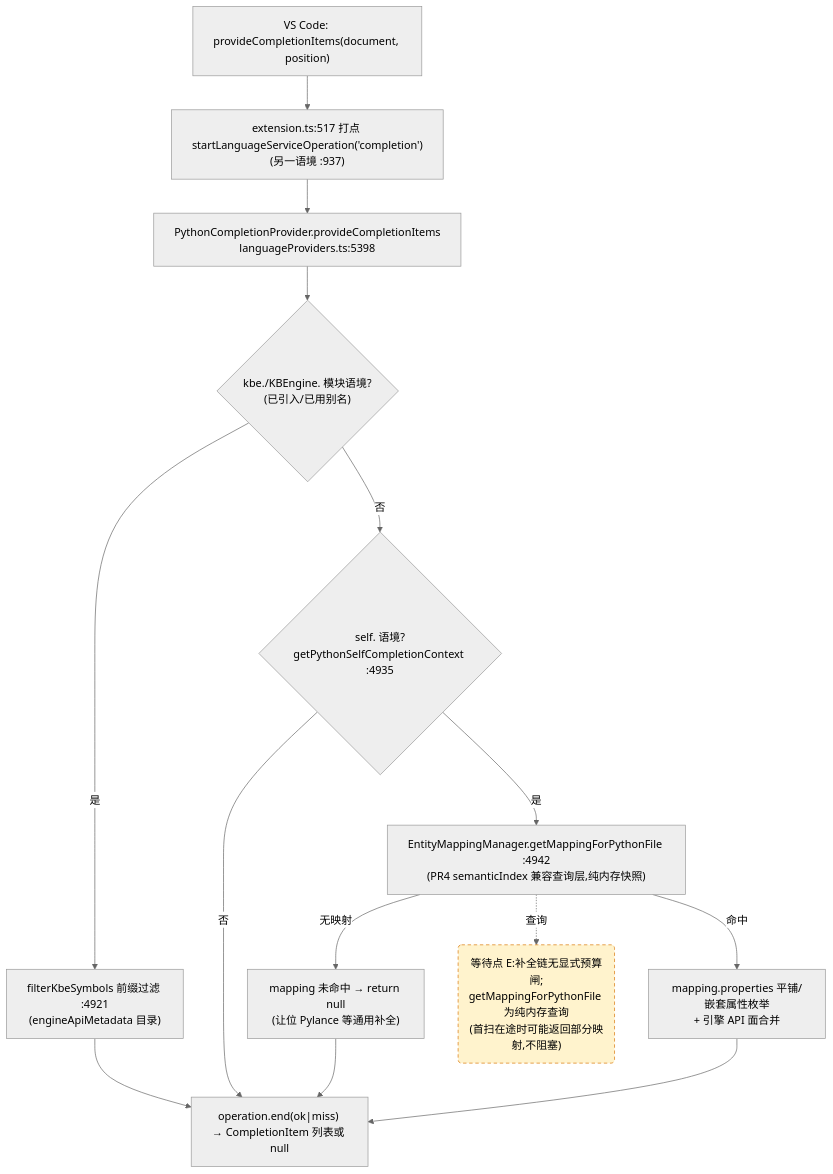
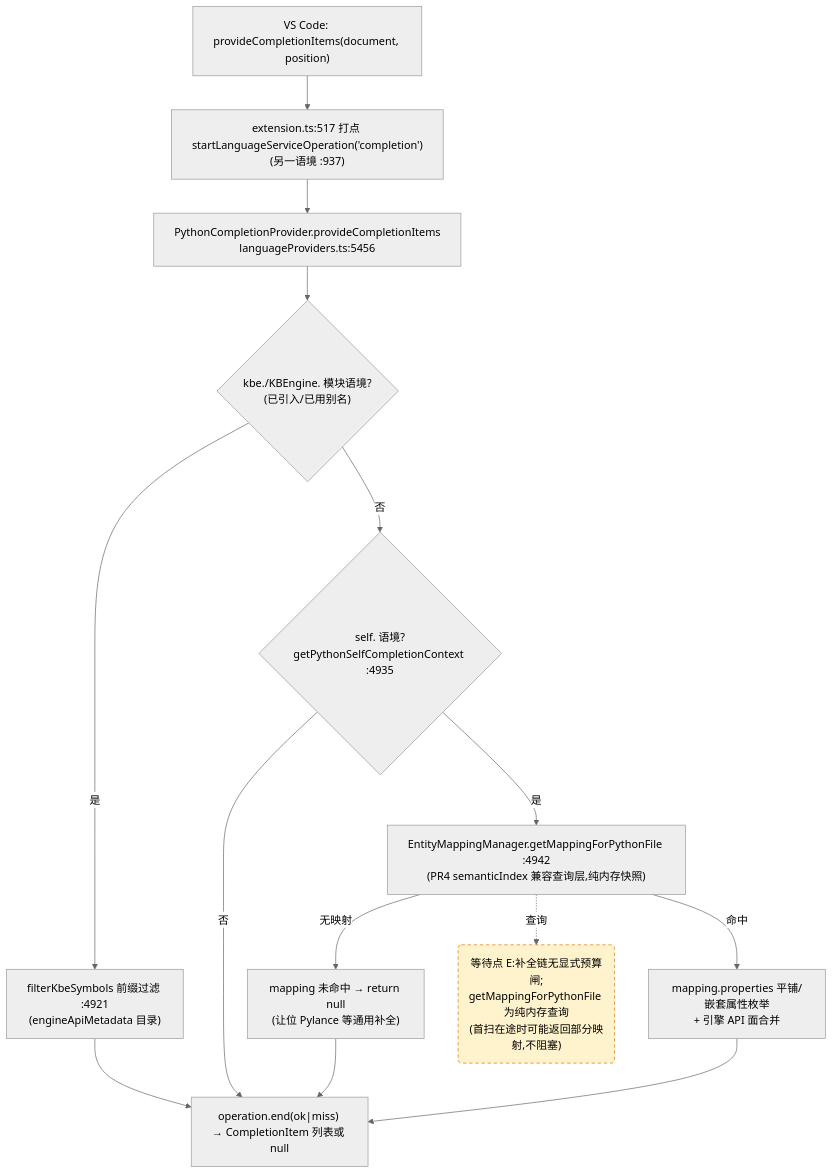
Before and after one commit to cuihairu/kode: the third of 4 diagrams in docs/perf/2026-baseline.md, drawn with Mermaid (neutral theme). The commit also changed other lines of this file and 6 other files, not shown here.

````diff
--- a/docs/perf/2026-baseline.md
+++ b/docs/perf/2026-baseline.md
@@ -184,27 +184,27 @@
 ```mermaid
 flowchart TD
   VC3["VS Code: provideCompletionItems(document, position)"]
   M3["extension.ts:517 打点 startLanguageServiceOperation('completion')<br/>(另一语境 :937)"]
-  CP["PythonCompletionProvider.provideCompletionItems<br/>languageProviders.ts:5398"]
+  CP["PythonCompletionProvider.provideCompletionItems<br/>languageProviders.ts:5456"]
   KBEC{"kbe./KBEngine. 模块语境?<br/>(已引入/已用别名)"}
   FILTER["filterKbeSymbols 前缀过滤 :4921<br/>(engineApiMetadata 目录)"]
   SELFC{"self. 语境?<br/>getPythonSelfCompletionContext :4935"}
   MAP["EntityMappingManager.getMappingForPythonFile :4942<br/>(PR4 semanticIndex 兼容查询层,纯内存快照)"]
   NOMAP["mapping 未命中 → return null<br/>(让位 Pylance 等通用补全)"]
   PROPS["mapping.properties 平铺/嵌套属性枚举<br/>+ 引擎 API 面合并"]
   END3["operation.end(ok|miss) → CompletionItem 列表或 null"]
 
   VC3 --> M3 --> CP --> KBEC
   KBEC -- "是" --> FILTER --> END3
   KBEC -- "否" --> SELFC
   SELFC -- "否" --> END3
   SELFC -- "是" --> MAP
   MAP -- "无映射" --> NOMAP --> END3
   MAP -- "命中" --> PROPS --> END3
 
   WAITE("等待点 E:补全链无显式预算闸;<br/>getMappingForPythonFile 为纯内存查询<br/>(首扫在途时可能返回部分映射,不阻塞)")
   MAP -.->|查询| WAITE
 
   classDef waitPoint fill:#fff3cd,stroke:#d97706,stroke-dasharray:5 4;
   class WAITE waitPoint;
 ```
````
